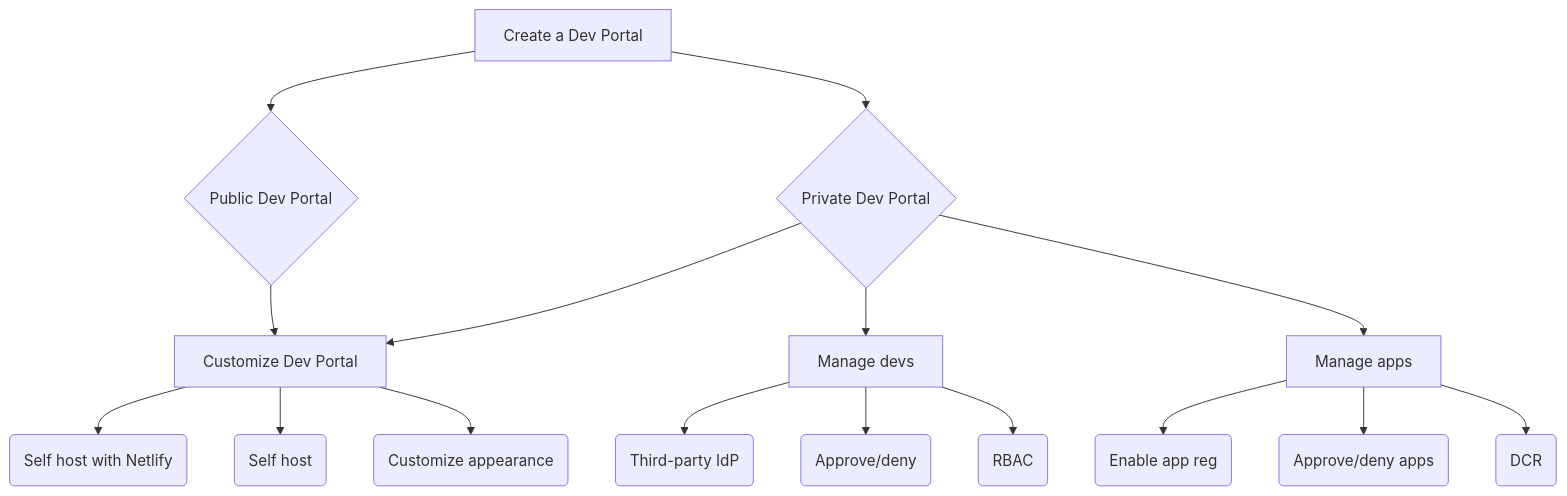
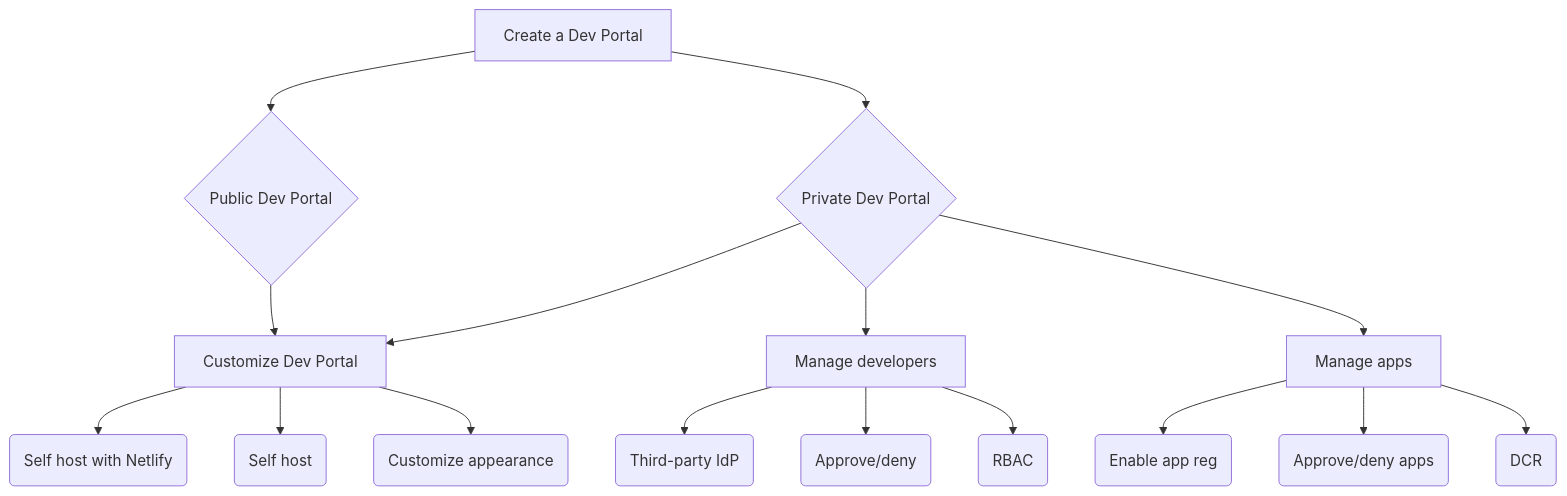
The diagram in app/konnect/dev-portal/index.md (Kong/docs.konghq.com), drawn with Mermaid before and after one commit. The commit also changed 1 other file, not shown here.

Commit message:
Appease Vale, finish drafting create portal page

```diff
--- a/app/konnect/dev-portal/index.md
+++ b/app/konnect/dev-portal/index.md
@@ -23,30 +23,30 @@
 {% mermaid %}
 flowchart TD
     A[Create a Dev Portal] --> C{Public Dev Portal}
     A --> B{Private Dev Portal}
-    B -->D[Manage devs] 
+    B -->D[Manage developers] 
     D --> E(Third-party IdP)
     D --> F(Approve/deny)
     D --> G(RBAC)
     B --> H[Manage apps]
     H --> I(Enable app reg)
     H --> J(Approve/deny apps)
     H --> K(DCR)
     C --> L[Customize Dev Portal]
     B --> L
     L --> M(Self host with Netlify)
     L --> N(Self host)
     L --> O(Customize appearance)
 
     %% this section defines node interactions
     click A "/konnect/dev-portal/create-dev-portal/"
     click E "/konnect/dev-portal/access-and-approval/add-teams/"
     click F "/konnect/dev-portal/access-and-approval/manage-devs/"
     click G "/konnect/api/portal-auth/portal-rbac-guide/#main"
     click I "/konnect/dev-portal/applications/enable-app-reg/"
     click J "/konnect/dev-portal/access-and-approval/manage-app-reg-requests/"
     click K "/konnect/dev-portal/applications/dynamic-client-registration/"
     click M "/konnect/dev-portal/customization/netlify/"
     click N "/konnect/dev-portal/customization/self-hosted-portal/"
     click O "/konnect/dev-portal/customization/"
 {% endmermaid %}
```
